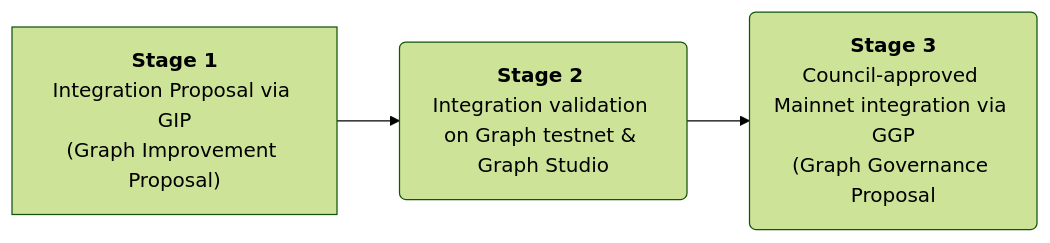
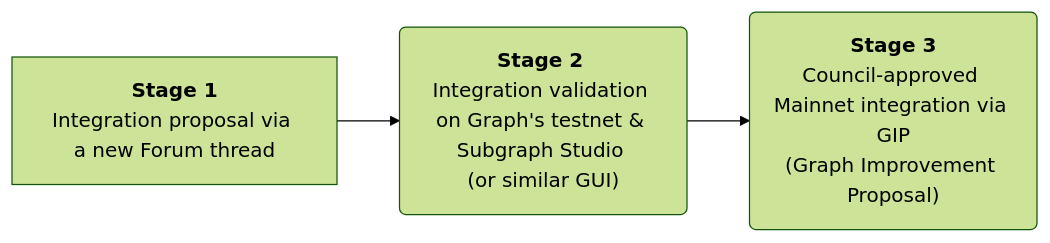
Before and after one commit to graphprotocol/graph-improvement-proposals: the diagram in gips/0055-chain-integration-process.md, drawn with Mermaid (forest theme). The commit also changed other lines of this file, not shown here.

Commit message:
changed the application process & added more details. Still need to link to docs once https://github.com/graphprotocol/docs/pull/433/ is merged

````diff
--- a/gips/0055-chain-integration-process.md
+++ b/gips/0055-chain-integration-process.md
@@ -29,10 +29,11 @@
 ```mermaid
 flowchart LR
     A["`**Stage 1**
-    Integration Proposal via GIP
-    (Graph Improvement Proposal)`"] --> B("`**Stage 2** 
-    Integration validation on Graph testnet & Graph Studio`")
+    Integration proposal via a new Forum thread 
+    `"] --> B("`**Stage 2** 
+    Integration validation on Graph's testnet & Subgraph Studio 
+    (or similar GUI)`")
     B --> C("`**Stage 3**
-    Council-approved Mainnet integration via GGP
-    (Graph Governance Proposal`")
+    Council-approved Mainnet integration via GIP
+    (Graph Improvement Proposal)`")
 ```
````
